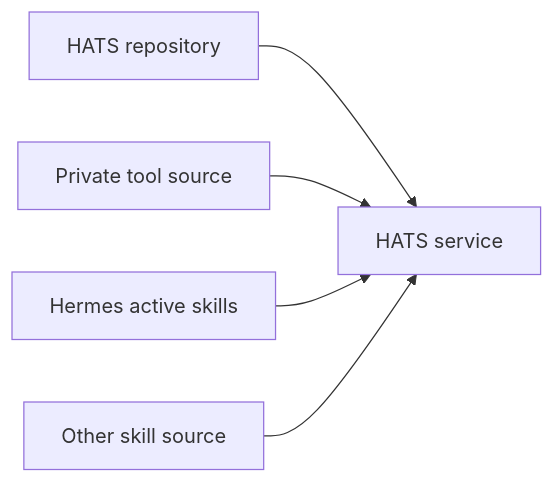
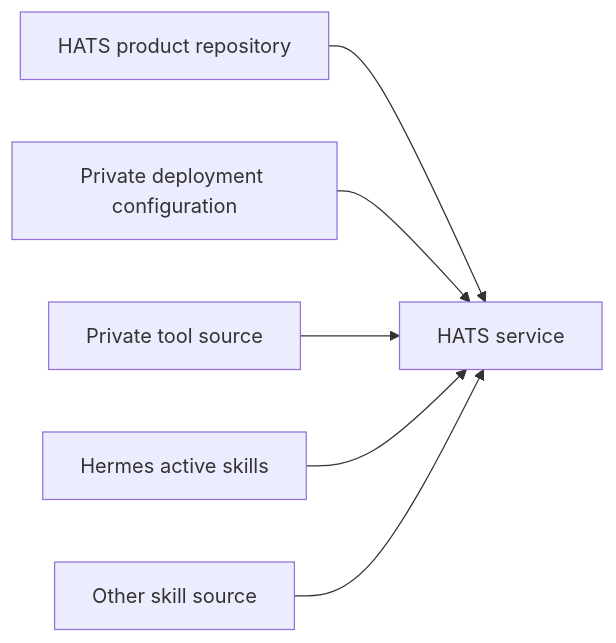
Before and after one commit to X1pheR/hypershell-reach: the fourth of 4 diagrams in docs/architecture.md, drawn with Mermaid. The commit also changed other lines of this file and 2 other files, not shown here.

Commit message:
Clarify deployment ownership and UI boundary

````diff
--- a/docs/architecture.md
+++ b/docs/architecture.md
@@ -71,7 +73,8 @@
 ```mermaid
 flowchart LR
-    Public[HATS repository] --> Service[HATS service]
+    Product[HATS product repository] --> Service[HATS service]
+    Deployment[Private deployment configuration] --> Service
     PrivateTools[Private tool source] --> Service
     Hermes[Hermes active skills] --> Service
     LocalSkills[Other skill source] --> Service
 ```
````
